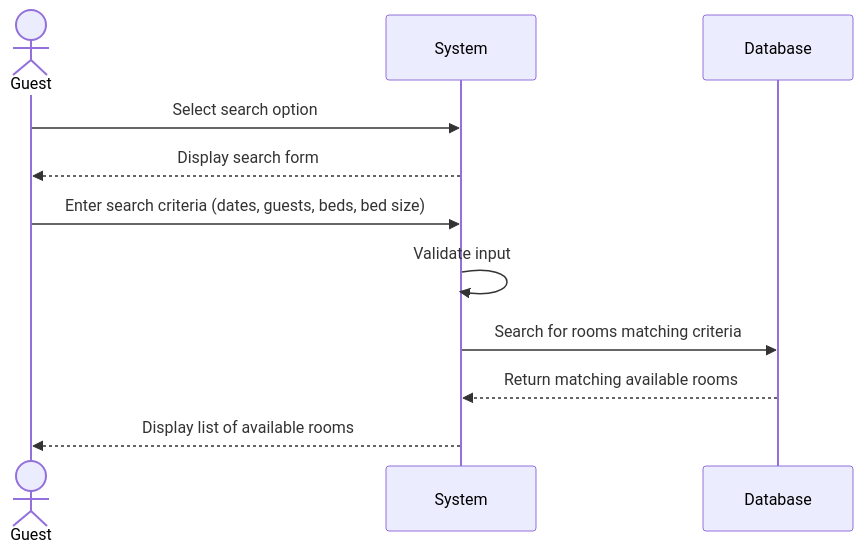
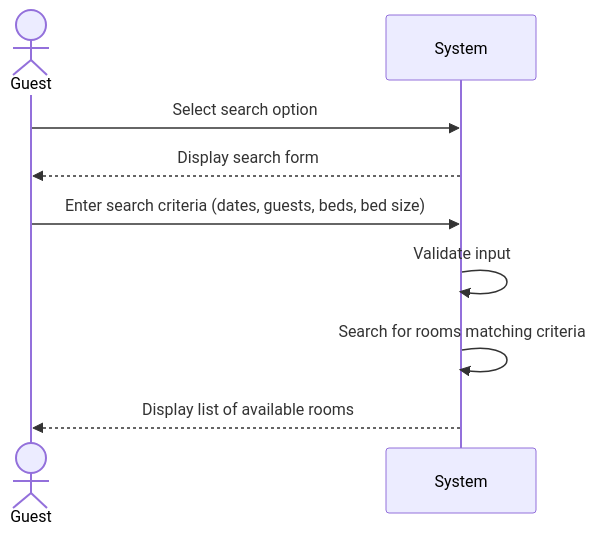
The diagram in Documentation/User-Cases/SearchAvailableRoom.md (JaceYar/Software1-Proj), drawn with Mermaid before and after one commit. The commit also changed 11 other files, not shown here.

Commit message:
fix the diagrams

````diff
--- a/Documentation/User-Cases/SearchAvailableRoom.md
+++ b/Documentation/User-Cases/SearchAvailableRoom.md
@@ -11,14 +11,12 @@
 ```mermaid
 sequenceDiagram
     actor Guest
     participant System
-    participant Database
 
     Guest->>System: Select search option
     System-->>Guest: Display search form
     Guest->>System: Enter search criteria (dates, guests, beds, bed size)
     System->>System: Validate input
-    System->>Database: Search for rooms matching criteria
-    Database-->>System: Return matching available rooms
+    System->>System: Search for rooms matching criteria
     System-->>Guest: Display list of available rooms
 ```
````
